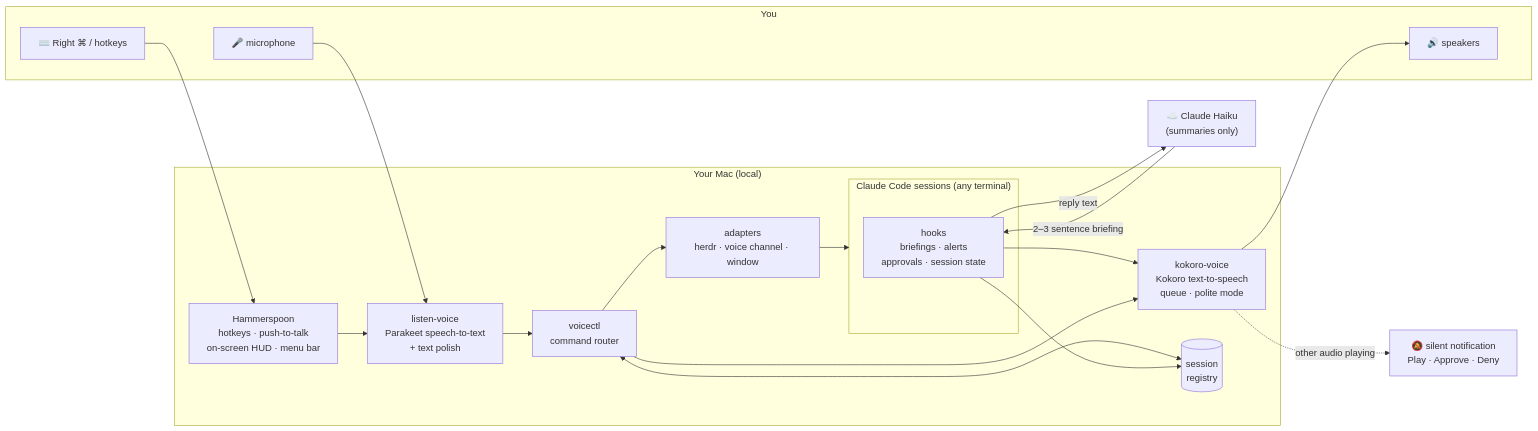
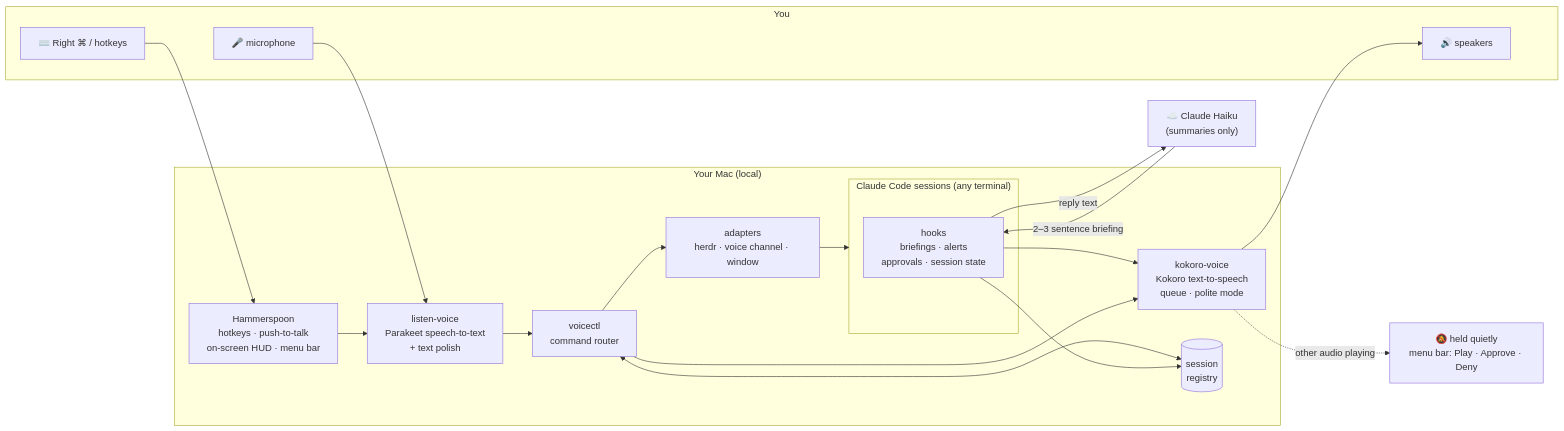
One commit to gobind-singh/claude-voice-kit changed the diagram in README.md. Above: the diagram before and after it, drawn with Mermaid. The commit also changed other lines of this file and 12 other files, not shown here.

````diff
--- a/README.md
+++ b/README.md
@@ -33,34 +33,34 @@
 ```mermaid
 flowchart LR
     subgraph You
         K["⌨️ Right ⌘ / hotkeys"]
         M["🎤 microphone"]
         S["🔊 speakers"]
     end
 
     subgraph Mac["Your Mac (local)"]
         HS["Hammerspoon<br/>hotkeys · push-to-talk<br/>on-screen HUD · menu bar"]
         LV["listen-voice<br/>Parakeet speech-to-text<br/>+ text polish"]
         VC["voicectl<br/>command router"]
         KV["kokoro-voice<br/>Kokoro text-to-speech<br/>queue · polite mode"]
         subgraph CC["Claude Code sessions (any terminal)"]
             H["hooks<br/>briefings · alerts<br/>approvals · session state"]
         end
         R[("session<br/>registry")]
         A["adapters<br/>herdr · voice channel · window"]
     end
 
     AI["☁️ Claude Haiku<br/>(summaries only)"]
 
     K --> HS
     M --> LV
     HS --> LV --> VC
     VC --> A --> CC
     VC <--> R
     H --> R
     H -- "reply text" --> AI -- "2–3 sentence briefing" --> H
     H --> KV
     VC --> KV
     KV --> S
-    KV -. "other audio playing" .-> N["🔕 silent notification<br/>Play · Approve · Deny"]
+    KV -. "other audio playing" .-> N["🔕 held quietly<br/>menu bar: Play · Approve · Deny"]
 ```
````
